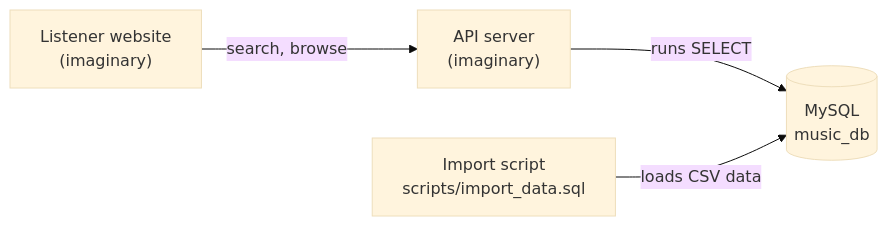
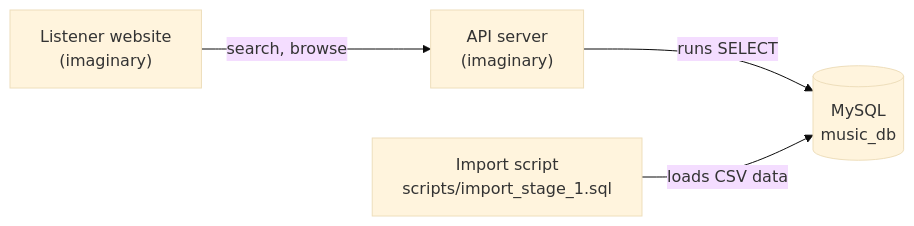
The second of 2 diagrams in docs/stage-1.md (Hassansherafatmand/music_db), drawn with Mermaid (base theme) before and after one commit. The commit also changed other lines of this file and 11 other files, not shown here.

````diff
--- a/docs/stage-1.md
+++ b/docs/stage-1.md
@@ -44,6 +44,6 @@
 ```mermaid
 flowchart LR
     W["Listener website<br/>(imaginary)"] -- "search, browse" --> A["API server<br/>(imaginary)"]
     A -- "runs SELECT" --> DB[("MySQL<br/>music_db")]
-    I["Import script<br/>scripts/import_data.sql"] -- "loads CSV data" --> DB
+    I["Import script<br/>scripts/import_stage_1.sql"] -- "loads CSV data" --> DB
 ```
````
